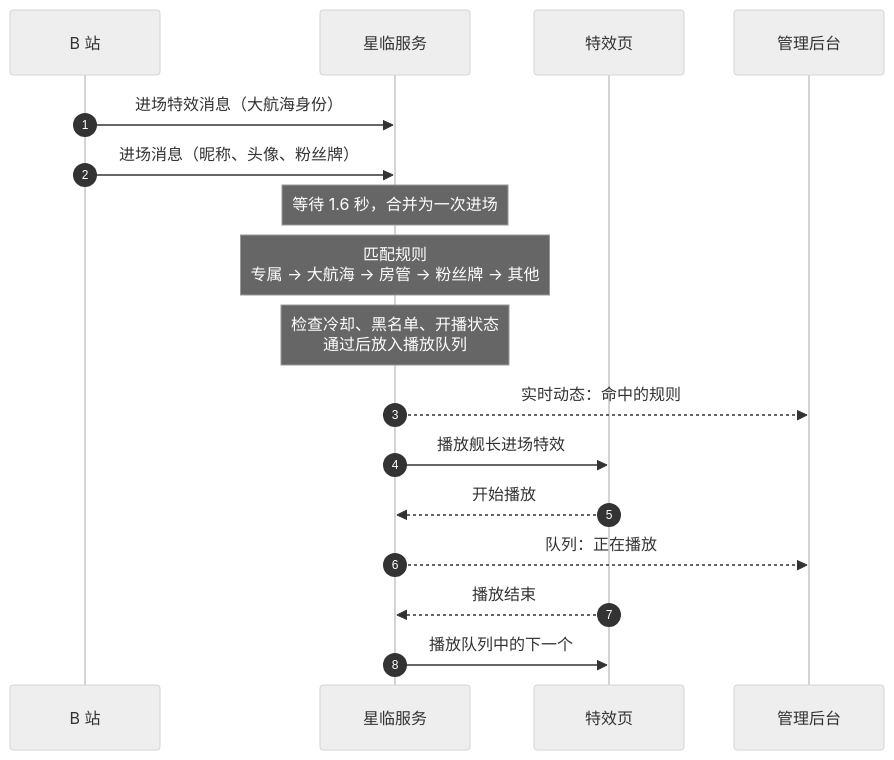
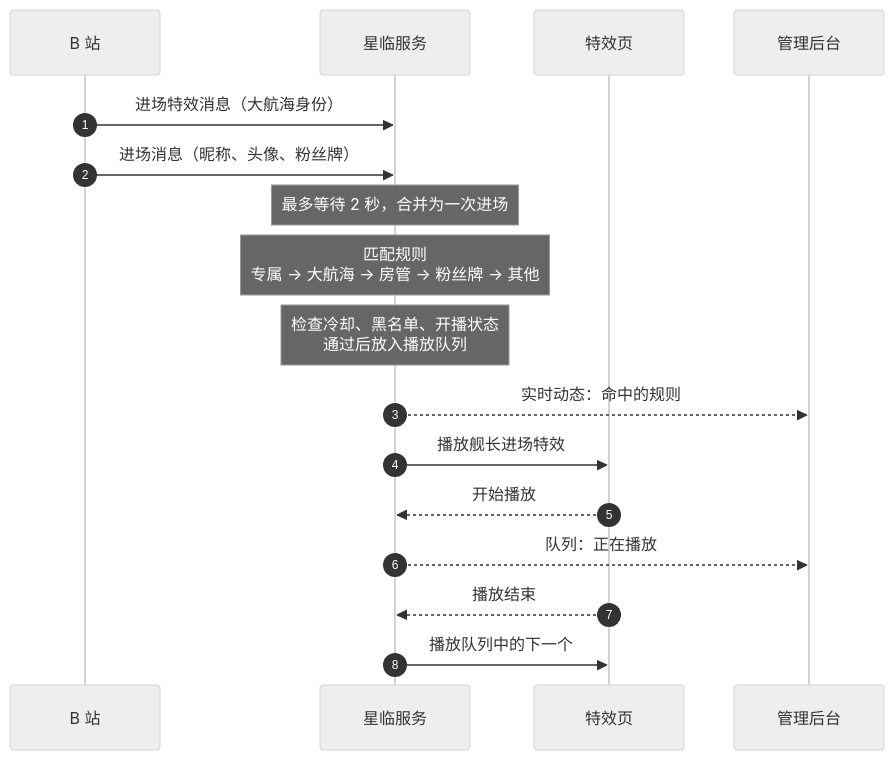
One commit to chrismaxluo/starfall changed the second of 3 diagrams in README.md. Above: the diagram before and after it, drawn with Mermaid (neutral theme). The commit also changed other lines of this file and 10 other files, not shown here.

Commit message:
README：换新截图（演示数据，只留总览和触发规则两张），介绍补上 v1.2.0 的功能，修正进场合并时间和测试数量；开播时间按主播时区显示；新增演示服务

````diff
--- a/README.md
+++ b/README.md
@@ -96,19 +93,19 @@
 ```mermaid
 sequenceDiagram
     autonumber
     participant B as B 站
     participant S as 星临服务
     participant O as 特效页
     participant A as 管理后台
     B->>S: 进场特效消息（大航海身份）
     B->>S: 进场消息（昵称、头像、粉丝牌）
-    Note over S: 等待 1.6 秒，合并为一次进场
+    Note over S: 最多等待 2 秒，合并为一次进场
     Note over S: 匹配规则<br/>专属 → 大航海 → 房管 → 粉丝牌 → 其他
     Note over S: 检查冷却、黑名单、开播状态<br/>通过后放入播放队列
     S-->>A: 实时动态：命中的规则
     S->>O: 播放舰长进场特效
     O-->>S: 开始播放
     S-->>A: 队列：正在播放
     O-->>S: 播放结束
     S->>O: 播放队列中的下一个
 ```
````
